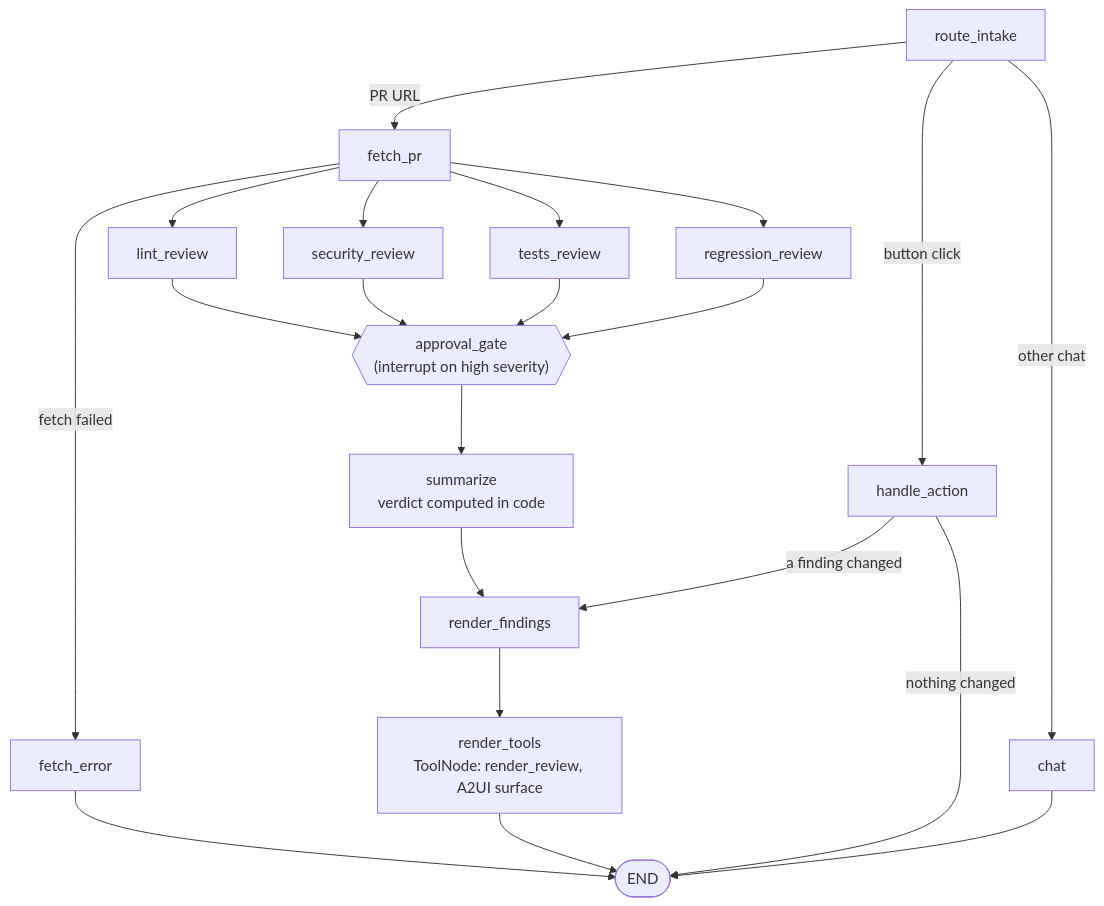
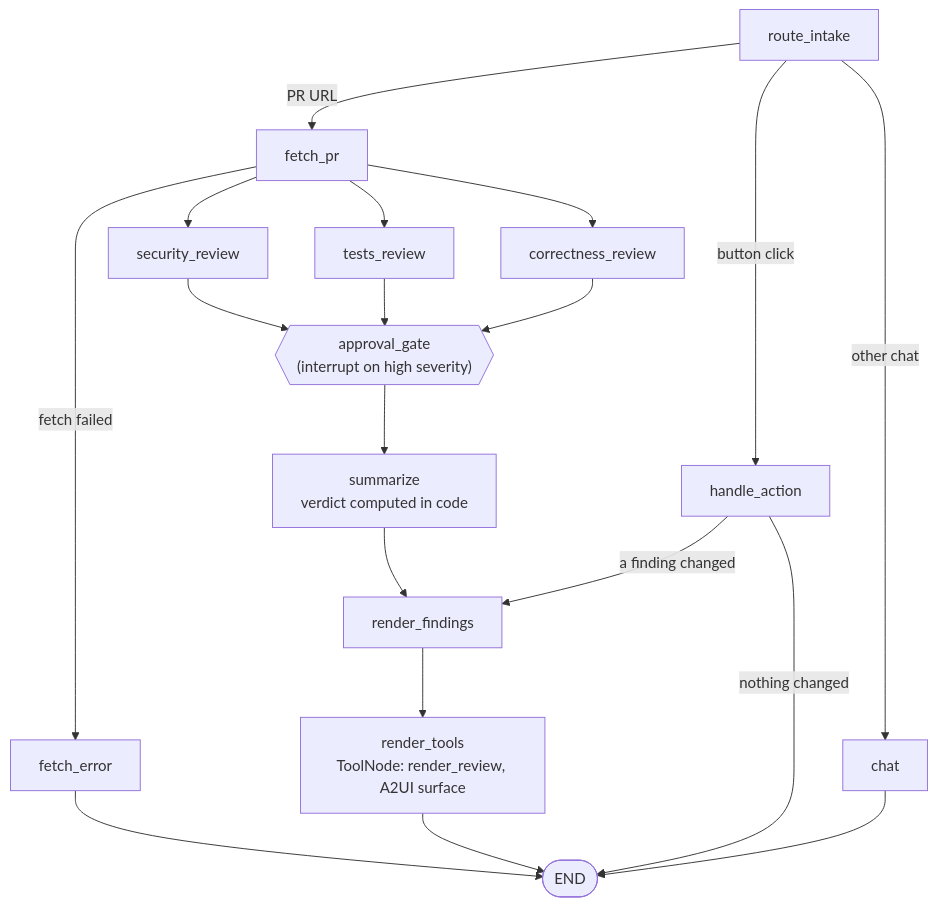
One commit to pshashanka/review-deck changed the diagram in README.md. Above: the diagram before and after it, drawn with Mermaid. The commit also changed other lines of this file and 14 other files, not shown here.

First line of the commit message:
Drop lint reviewer, add correctness reviewer, token tracking and file filtering

````diff
--- a/README.md
+++ b/README.md
@@ -7,23 +7,21 @@
 ```mermaid
 flowchart TD
     A[route_intake] -->|PR URL| B[fetch_pr]
     A -->|button click| H[handle_action]
     A -->|other chat| C[chat]
     B -->|fetch failed| E[fetch_error]
-    B --> L[lint_review]
     B --> S[security_review]
     B --> T[tests_review]
-    B --> X[regression_review]
-    L --> G{{"approval_gate<br/>(interrupt on high severity)"}}
-    S --> G
+    B --> X[correctness_review]
+    S --> G{{"approval_gate<br/>(interrupt on high severity)"}}
     T --> G
     X --> G
     G --> M[summarize<br/>verdict computed in code]
     M --> R[render_findings]
     H -->|a finding changed| R
     H -->|nothing changed| Z([END])
     R --> U[render_tools<br/>ToolNode: render_review, A2UI surface]
     U --> Z
     E --> Z
     C --> Z
 ```
````
